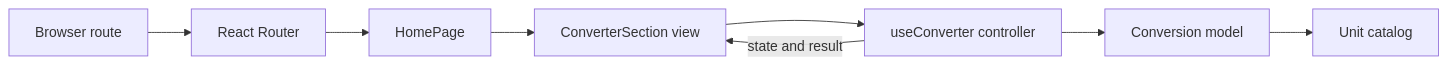
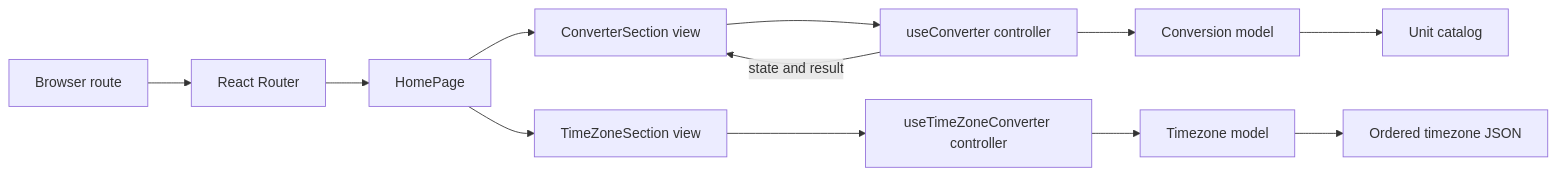
Before and after one commit to johnpfeiffer/converter: the first of 3 diagrams in architecture.md, drawn with Mermaid. The commit also changed other lines of this file and 17 other files, not shown here.

````diff
--- a/architecture.md
+++ b/architecture.md
@@ -9,10 +9,14 @@
 ```mermaid
 flowchart LR
     Browser[Browser route] --> Router[React Router]
     Router --> Page[HomePage]
     Page --> View[ConverterSection view]
     View --> Controller[useConverter controller]
     Controller --> Model[Conversion model]
     Model --> Catalog[Unit catalog]
     Controller -->|state and result| View
+    Page --> TimeView[TimeZoneSection view]
+    TimeView --> TimeController[useTimeZoneConverter controller]
+    TimeController --> TimeModel[Timezone model]
+    TimeModel --> TimeCatalog[Ordered timezone JSON]
 ```
````
